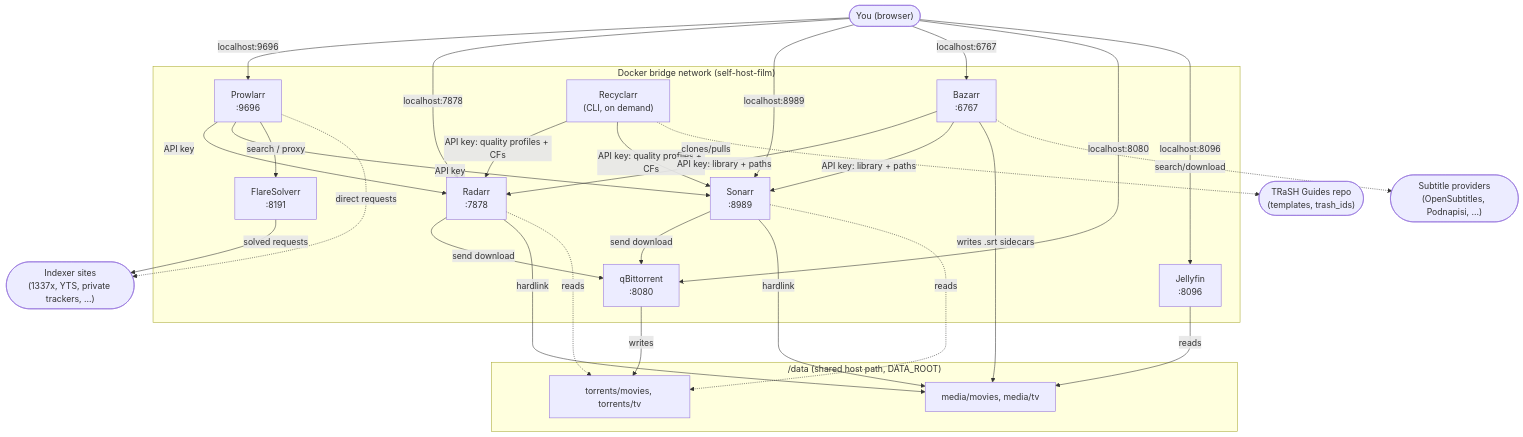
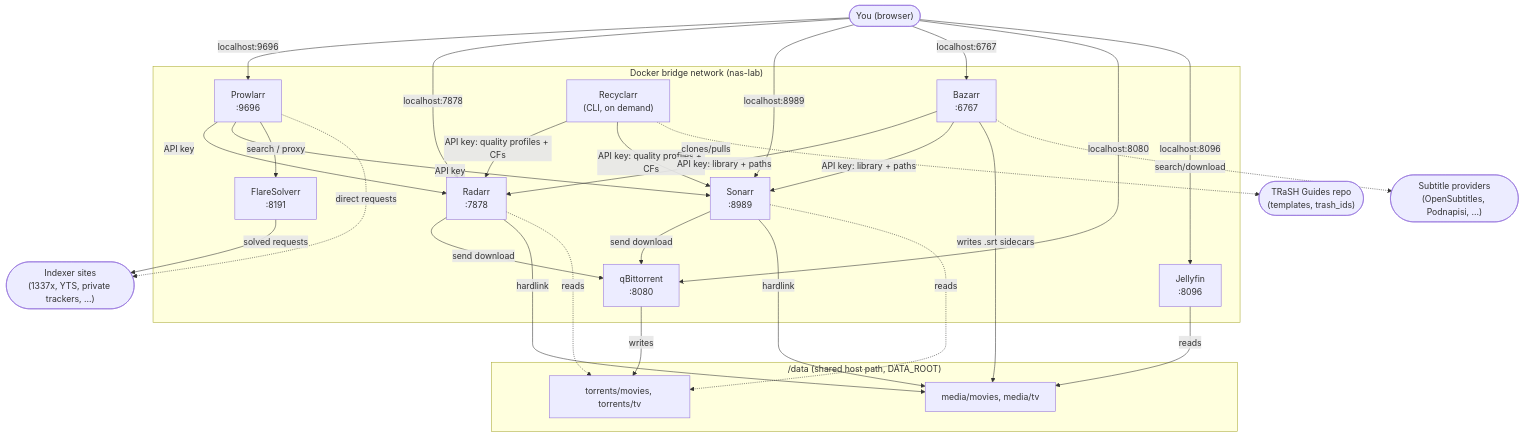
Before and after one commit to hiepgithub2001/nas-lab: the first of 2 diagrams in docs/technical/ARCHITECTURE.md, drawn with Mermaid. The commit also changed 3 other files, not shown here.

First line of the commit message:
Move the checkout to ~/nas-lab

````diff
--- a/docs/technical/ARCHITECTURE.md
+++ b/docs/technical/ARCHITECTURE.md
@@ -26,56 +26,56 @@
 ```mermaid
 flowchart TB
     You(["You (browser)"])
 
-    subgraph Docker["Docker bridge network (self-host-film)"]
+    subgraph Docker["Docker bridge network (nas-lab)"]
         Prowlarr["Prowlarr<br/>:9696"]
         Radarr["Radarr<br/>:7878"]
         Sonarr["Sonarr<br/>:8989"]
         Bazarr["Bazarr<br/>:6767"]
         qBit["qBittorrent<br/>:8080"]
         Flare["FlareSolverr<br/>:8191"]
         Jellyfin["Jellyfin<br/>:8096"]
         Recyclarr["Recyclarr<br/>(CLI, on demand)"]
     end
 
     subgraph Storage["/data (shared host path, DATA_ROOT)"]
         Media["media/movies, media/tv"]
         Torrents["torrents/movies, torrents/tv"]
     end
 
     Internet(["Indexer sites<br/>(1337x, YTS, private trackers, ...)"])
 
     You -- "localhost:9696" --> Prowlarr
     You -- "localhost:7878" --> Radarr
     You -- "localhost:8989" --> Sonarr
     You -- "localhost:6767" --> Bazarr
     You -- "localhost:8080" --> qBit
     You -- "localhost:8096" --> Jellyfin
 
     Prowlarr -- "API key" --> Radarr
     Prowlarr -- "API key" --> Sonarr
     Recyclarr -- "API key: quality profiles + CFs" --> Radarr
     Recyclarr -- "API key: quality profiles + CFs" --> Sonarr
     TrashRepo(["TRaSH Guides repo<br/>(templates, trash_ids)"])
     Recyclarr -.->|clones/pulls| TrashRepo
     Prowlarr -- "search / proxy" --> Flare
     Flare -- "solved requests" --> Internet
     Prowlarr -.->|direct requests| Internet
 
     Radarr -- "send download" --> qBit
     Sonarr -- "send download" --> qBit
 
     qBit -- "writes" --> Torrents
     Radarr -- "hardlink" --> Media
     Sonarr -- "hardlink" --> Media
     Radarr -.->|reads| Torrents
     Sonarr -.->|reads| Torrents
 
     Bazarr -- "API key: library + paths" --> Radarr
     Bazarr -- "API key: library + paths" --> Sonarr
     Bazarr -- "writes .srt sidecars" --> Media
     SubProviders(["Subtitle providers<br/>(OpenSubtitles, Podnapisi, ...)"])
     Bazarr -.->|search/download| SubProviders
 
     Jellyfin -- "reads" --> Media
 ```
````
